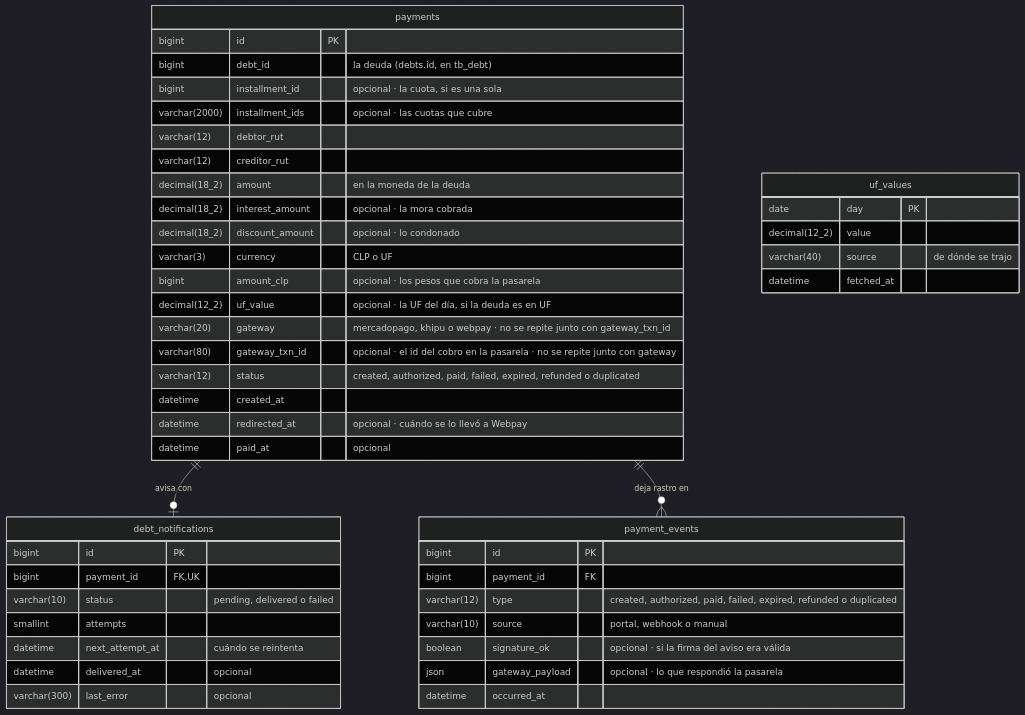
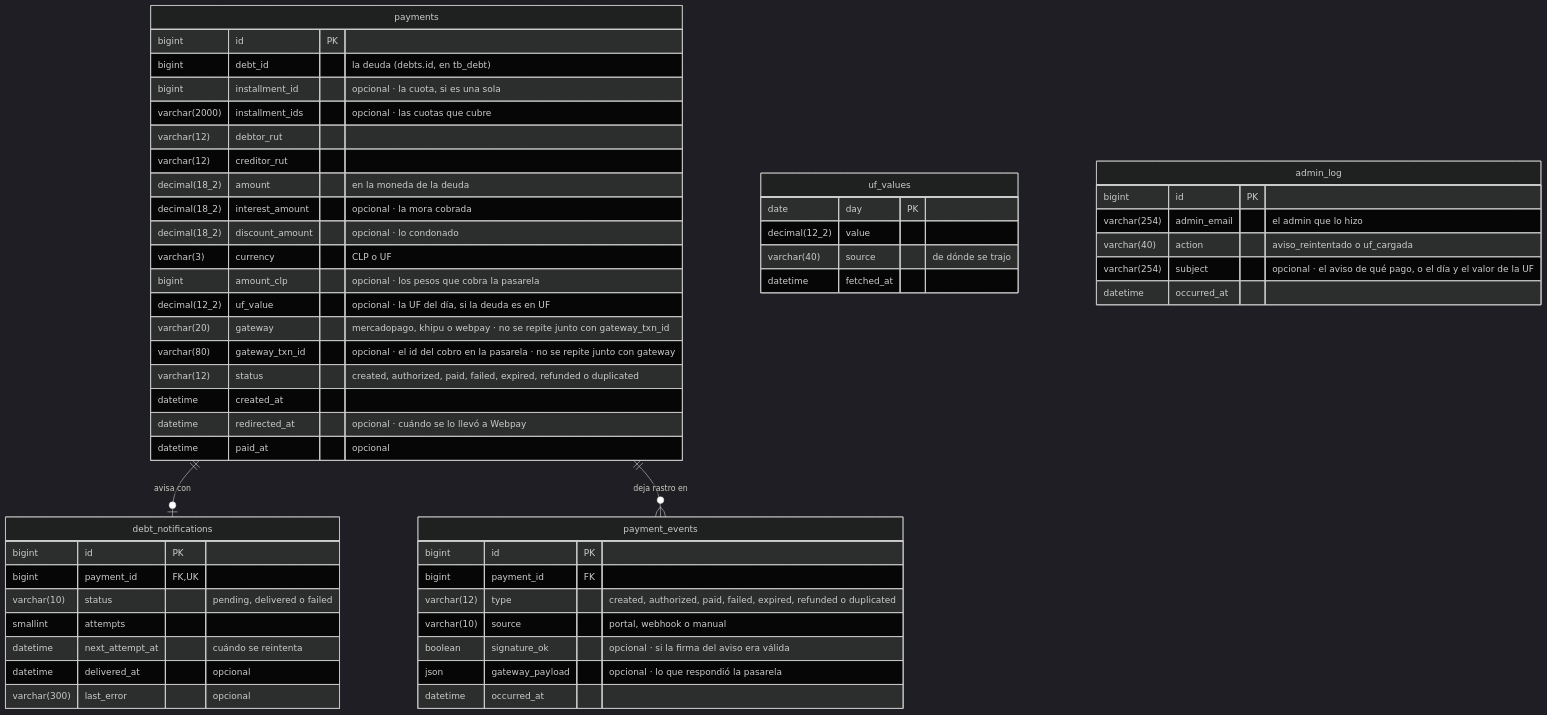
One commit to TechnicalBridge/DataBridge changed the fourth of 5 diagrams in docs/diagramas/entidad-relacion.md. Above: the diagram before and after it, drawn with Mermaid (dark theme). The commit also changed other lines of this file and 31 other files, not shown here.

````diff
--- a/docs/diagramas/entidad-relacion.md
+++ b/docs/diagramas/entidad-relacion.md
@@ -463,49 +463,56 @@
 ```mermaid
 erDiagram
     payments ||--o| debt_notifications : "avisa con"
     payments ||--o{ payment_events : "deja rastro en"
     debt_notifications {
         bigint id PK
         bigint payment_id FK, UK
         varchar(10) status "pending, delivered o failed"
         smallint attempts
         datetime next_attempt_at "cuándo se reintenta"
         datetime delivered_at "opcional"
         varchar(300) last_error "opcional"
     }
     payment_events {
         bigint id PK
         bigint payment_id FK
         varchar(12) type "created, authorized, paid, failed, expired, refunded o duplicated"
         varchar(10) source "portal, webhook o manual"
         boolean signature_ok "opcional · si la firma del aviso era válida"
         json gateway_payload "opcional · lo que respondió la pasarela"
         datetime occurred_at
     }
     payments {
         bigint id PK
         bigint debt_id "la deuda (debts.id, en tb_debt)"
         bigint installment_id "opcional · la cuota, si es una sola"
         varchar(2000) installment_ids "opcional · las cuotas que cubre"
         varchar(12) debtor_rut
         varchar(12) creditor_rut
         decimal(18_2) amount "en la moneda de la deuda"
         decimal(18_2) interest_amount "opcional · la mora cobrada"
         decimal(18_2) discount_amount "opcional · lo condonado"
         varchar(3) currency "CLP o UF"
         bigint amount_clp "opcional · los pesos que cobra la pasarela"
         decimal(12_2) uf_value "opcional · la UF del día, si la deuda es en UF"
         varchar(20) gateway "mercadopago, khipu o webpay · no se repite junto con gateway_txn_id"
         varchar(80) gateway_txn_id "opcional · el id del cobro en la pasarela · no se repite junto con gateway"
         varchar(12) status "created, authorized, paid, failed, expired, refunded o duplicated"
         datetime created_at
         datetime redirected_at "opcional · cuándo se lo llevó a Webpay"
         datetime paid_at "opcional"
     }
     uf_values {
         date day PK
         decimal(12_2) value
         varchar(40) source "de dónde se trajo"
         datetime fetched_at
     }
+    admin_log {
+        bigint id PK
+        varchar(254) admin_email "el admin que lo hizo"
+        varchar(40) action "aviso_reintentado o uf_cargada"
+        varchar(254) subject "opcional · el aviso de qué pago, o el día y el valor de la UF"
+        datetime occurred_at
+    }
 ```
````
